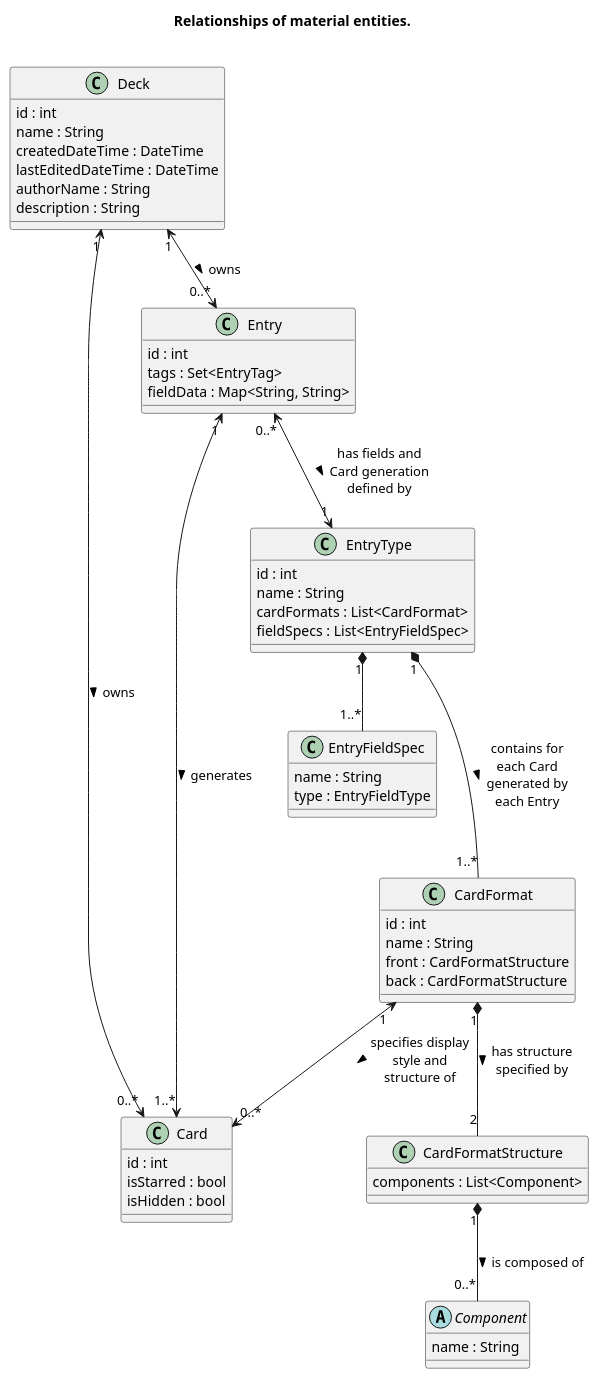
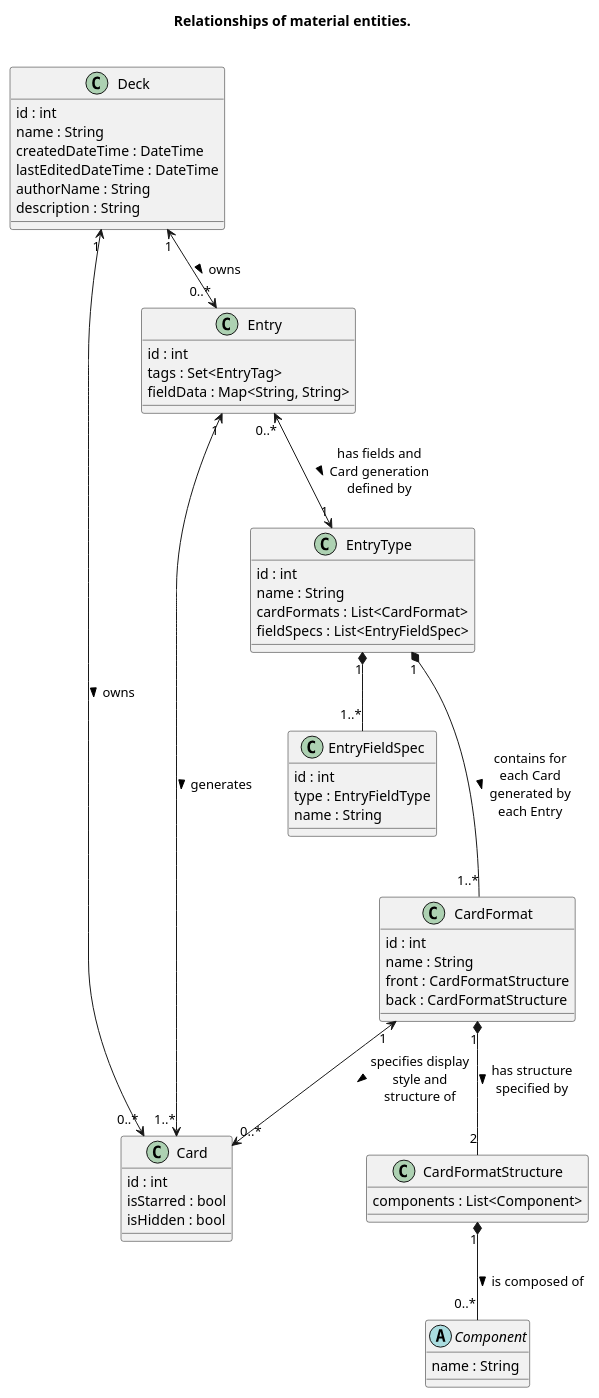
The diagram in puml/material_entities.puml (cervonwong/sona-flutter), drawn with PlantUML before and after one commit.

Commit message:
Docs(puml): Update EntryFieldSpec as per e3f8efc9

```diff
--- a/puml/material_entities.puml
+++ b/puml/material_entities.puml
@@ -1,61 +1,62 @@
 @startuml
 
 skinparam maxMessageSize 100
 skinparam shadowing false
 
 title Relationships of material entities.\n
 
 class Card {
 	id : int
 	isStarred : bool
 	isHidden : bool
 }
 class Entry {
 	id : int
 	tags : Set<EntryTag>
 	fieldData : Map<String, String>
 }
 class Deck {
 	id : int
 	name : String
 	createdDateTime : DateTime
 	lastEditedDateTime : DateTime
 	authorName : String
 	description : String
 }
 
 Deck "1" <--> "0..*" Entry : owns >
 Entry "1" <--> "1..*" Card : generates >
 Deck "1" <--> "0..*" Card : owns >
 
 class EntryType {
 	id : int
 	name : String
 	cardFormats : List<CardFormat>
 	fieldSpecs : List<EntryFieldSpec>
 }
 class EntryFieldSpec {
+	id : int
+	type : EntryFieldType
 	name : String
-	type : EntryFieldType
 }
 class CardFormat {
 	id : int
 	name : String
 	front : CardFormatStructure
 	back : CardFormatStructure
 }
 class CardFormatStructure {
 	components : List<Component>
 }
 abstract class Component {
 	name : String
 }
 
 Entry "0..*" <--> "1" EntryType : has fields and Card generation defined by >
 EntryType "1" *--- "1..*" CardFormat : contains for each Card generated by each Entry >
 CardFormat "1" <--> "0..*" Card : specifies display style and structure of >
 EntryType "1" *-- "1..*" EntryFieldSpec
 CardFormat "1" *-- "2" CardFormatStructure : has structure specified by >
 CardFormatStructure "1" *-- "0..*" Component : is composed of >
 
 @enduml
```
